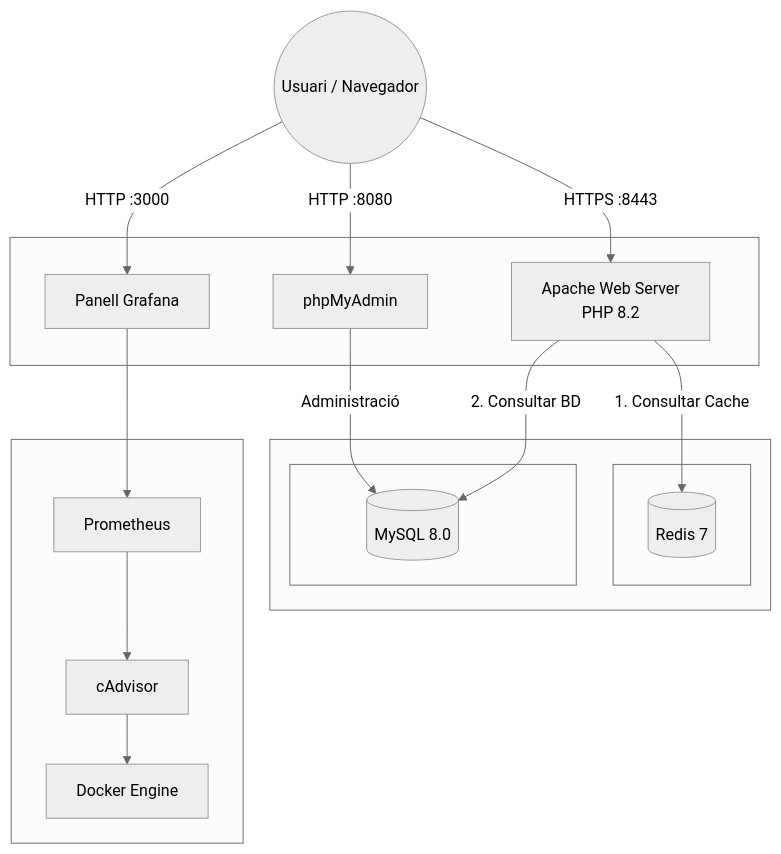
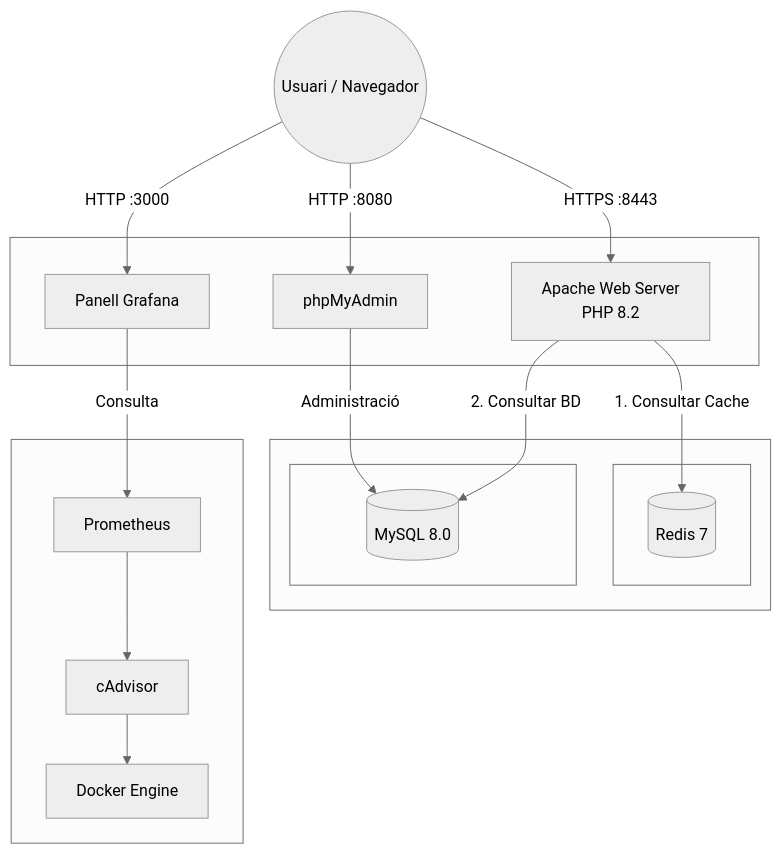
Before and after one commit to aybkh/Projecte-Serveis-Web: the diagram in README.md, drawn with Mermaid (neutral theme).

Commit message:
Update Grafana connection notation in README

````diff
--- a/README.md
+++ b/README.md
@@ -9,41 +9,41 @@
 ```mermaid
 graph TD
     User((Usuari / Navegador))
     
     subgraph " "
         Apache[Apache Web Server<br/>PHP 8.2]
         Grafana[Panell Grafana]
         PMA[phpMyAdmin]
     end
 
     subgraph " "
         subgraph " "
             Redis[(Redis 7)]
         end
         
         subgraph " "
             MySQL[(MySQL 8.0)]
         end
     end
 
     subgraph " "
         Prometheus[Prometheus]
         cAdvisor[cAdvisor]
         DockerEngine[Docker Engine]
     end
 
     %% Connexions d'Accés
     User -->|HTTPS :8443| Apache
     User -->|HTTP :3000| Grafana
     User -->|HTTP :8080| PMA
 
     %% Flux de Dades
     Apache -->|1. Consultar Cache| Redis
     Apache -->|2. Consultar BD| MySQL
     PMA -->|Administració| MySQL
 
     %% Connexions de Monitorització
     cAdvisor -->| | DockerEngine[Docker Engine]
     Prometheus -->| | cAdvisor
-    Grafana -->| | Prometheus
+    Grafana -->|Consulta| Prometheus
 ```
````
